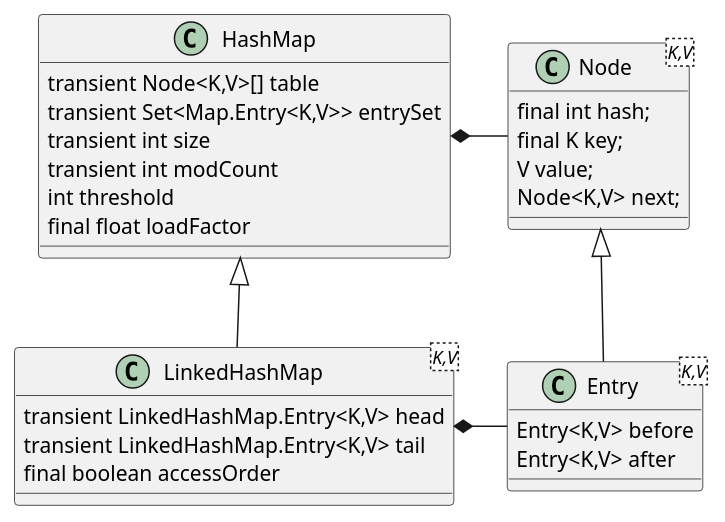
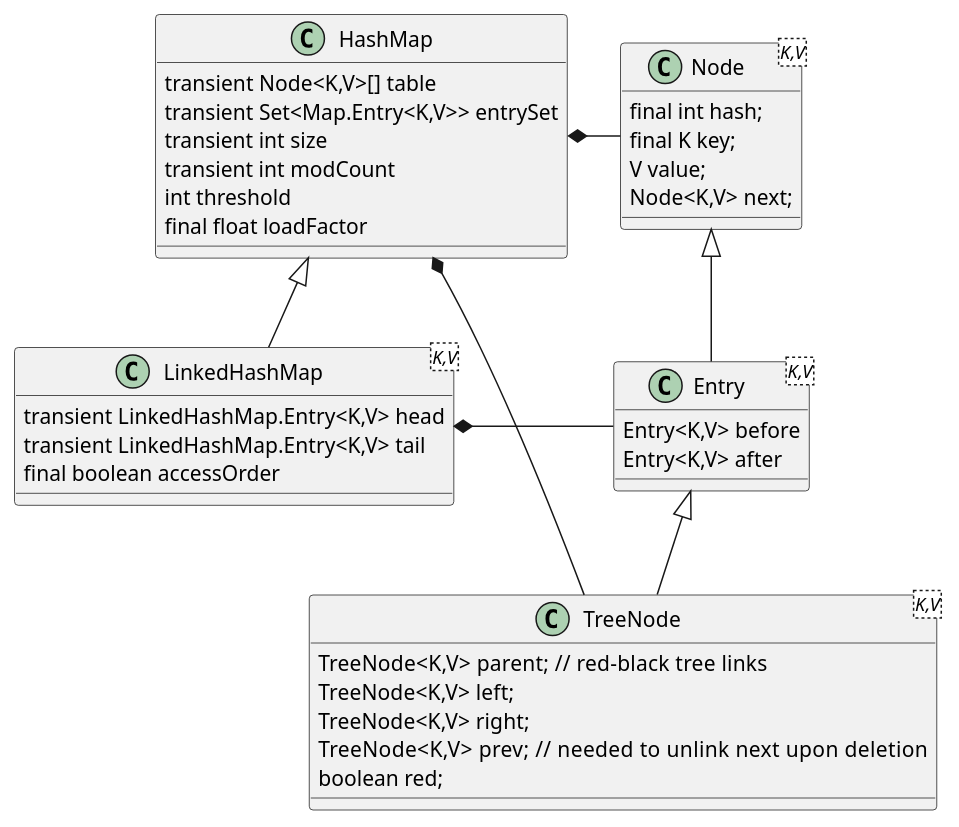
The sixth of 7 diagrams in content/post/java-dataStructure.md (kevinwang930/kevinwang930.github.io), drawn with PlantUML before and after one commit. The commit also changed other lines of this file and 2 other files, not shown here.

````diff
--- a/content/post/java-dataStructure.md
+++ b/content/post/java-dataStructure.md
@@ -150,29 +123,38 @@
    ```plantuml
     class HashMap {
         transient Node<K,V>[] table
         transient Set<Map.Entry<K,V>> entrySet
         transient int size
         transient int modCount
         int threshold
         final float loadFactor
     } 
     class Node<K,V> {
         final int hash;
         final K key;
         V value;
         Node<K,V> next;
     } 
+    class TreeNode<K,V> {
+        TreeNode<K,V> parent;  // red-black tree links
+        TreeNode<K,V> left;
+        TreeNode<K,V> right;
+        TreeNode<K,V> prev;    // needed to unlink next upon deletion
+        boolean red;
+    }
 
    class LinkedHashMap<K,V> extends HashMap {
     transient LinkedHashMap.Entry<K,V> head
     transient LinkedHashMap.Entry<K,V> tail
     final boolean accessOrder
 
    }
     class Entry<K,V> extends Node {
         Entry<K,V> before
         Entry<K,V> after
     }
     HashMap *-right- Node
+    HashMap *-down-- TreeNode
     LinkedHashMap *-right- Entry
+    Entry <|--TreeNode
    ```
````
